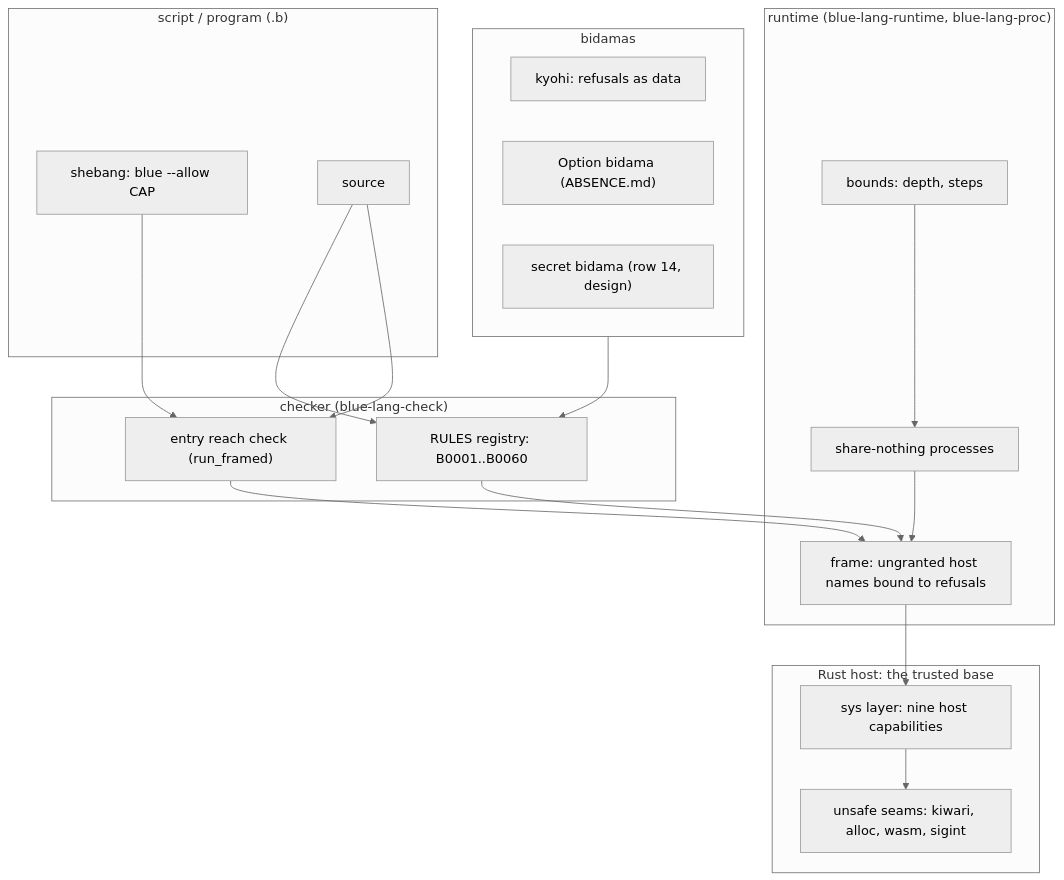
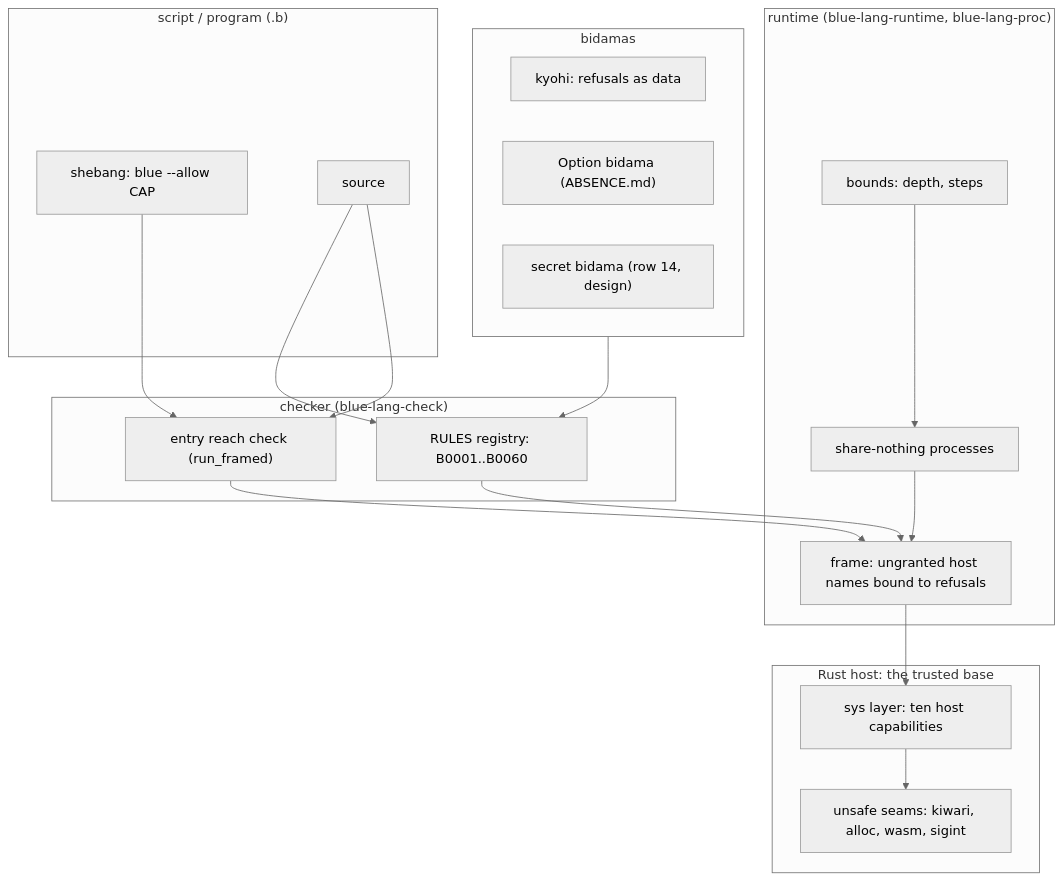
Before and after one commit to pleme-io/blue: the first of 3 diagrams in docs/SAFETY.md, drawn with Mermaid (neutral theme). The commit also changed other lines of this file and 26 other files, not shown here.

````diff
--- a/docs/SAFETY.md
+++ b/docs/SAFETY.md
@@ -658,35 +691,35 @@
 ```mermaid
 flowchart TB
   subgraph S["script / program (.b)"]
     SB["shebang: blue --allow CAP"]
     SRC["source"]
   end
   subgraph B["bidamas"]
     KY["kyohi: refusals as data"]
     OPT["Option bidama (ABSENCE.md)"]
     SEC["secret bidama (row 14, design)"]
   end
   subgraph C["checker (blue-lang-check)"]
     RULES["RULES registry: B0001..B0060"]
     REACH["entry reach check (run_framed)"]
   end
   subgraph R["runtime (blue-lang-runtime, blue-lang-proc)"]
     FRAME["frame: ungranted host names bound to refusals"]
     BOUNDS["bounds: depth, steps"]
     PROC["share-nothing processes"]
   end
   subgraph H["Rust host: the trusted base"]
-    SYS["sys layer: nine host capabilities"]
+    SYS["sys layer: ten host capabilities"]
     SEAMS["unsafe seams: kiwari, alloc, wasm, sigint"]
   end
   SB --> REACH
   SRC --> RULES
   SRC --> REACH
   B --> RULES
   RULES --> FRAME
   REACH --> FRAME
   FRAME --> SYS
   PROC --> FRAME
   BOUNDS --> PROC
   SYS --> SEAMS
 ```
````
